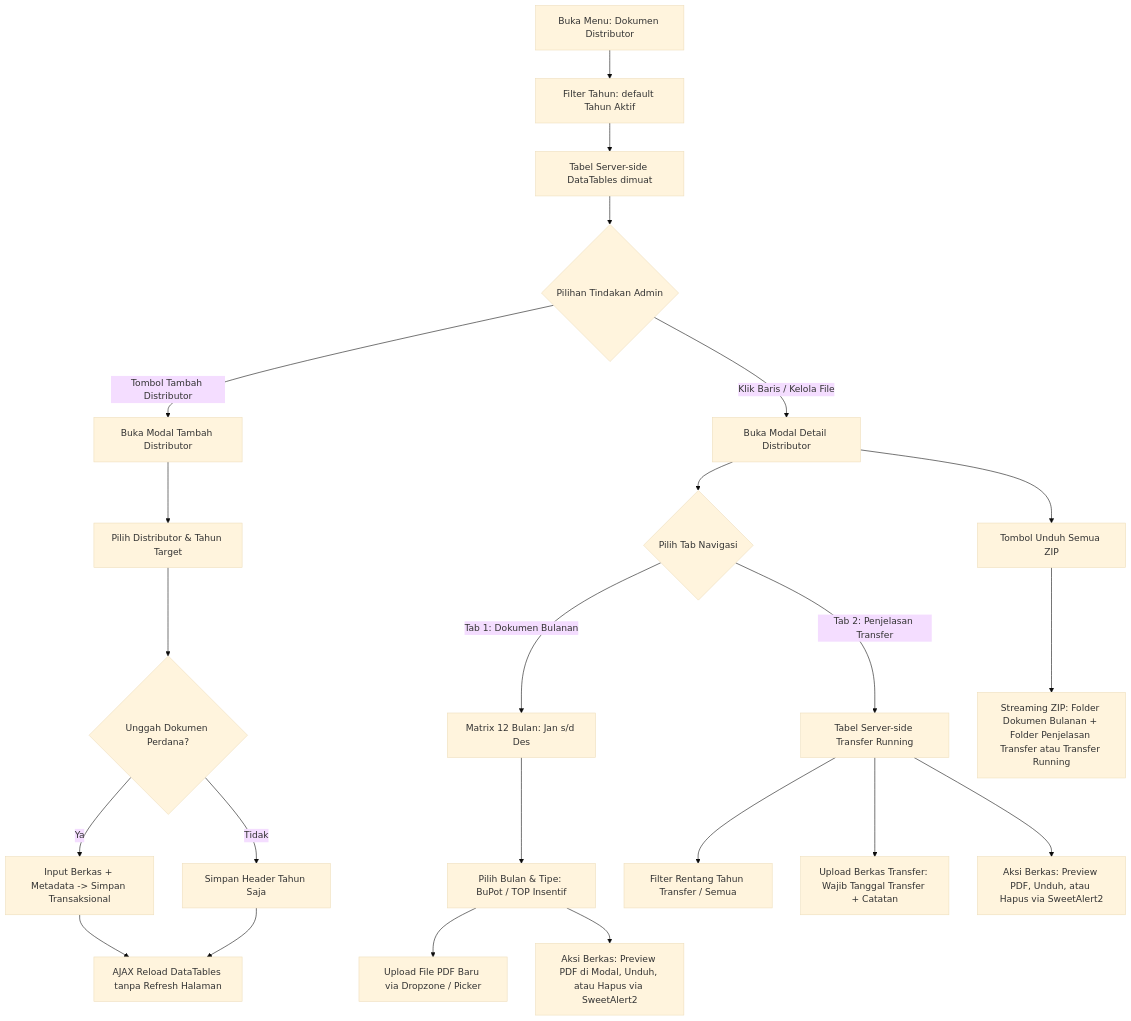
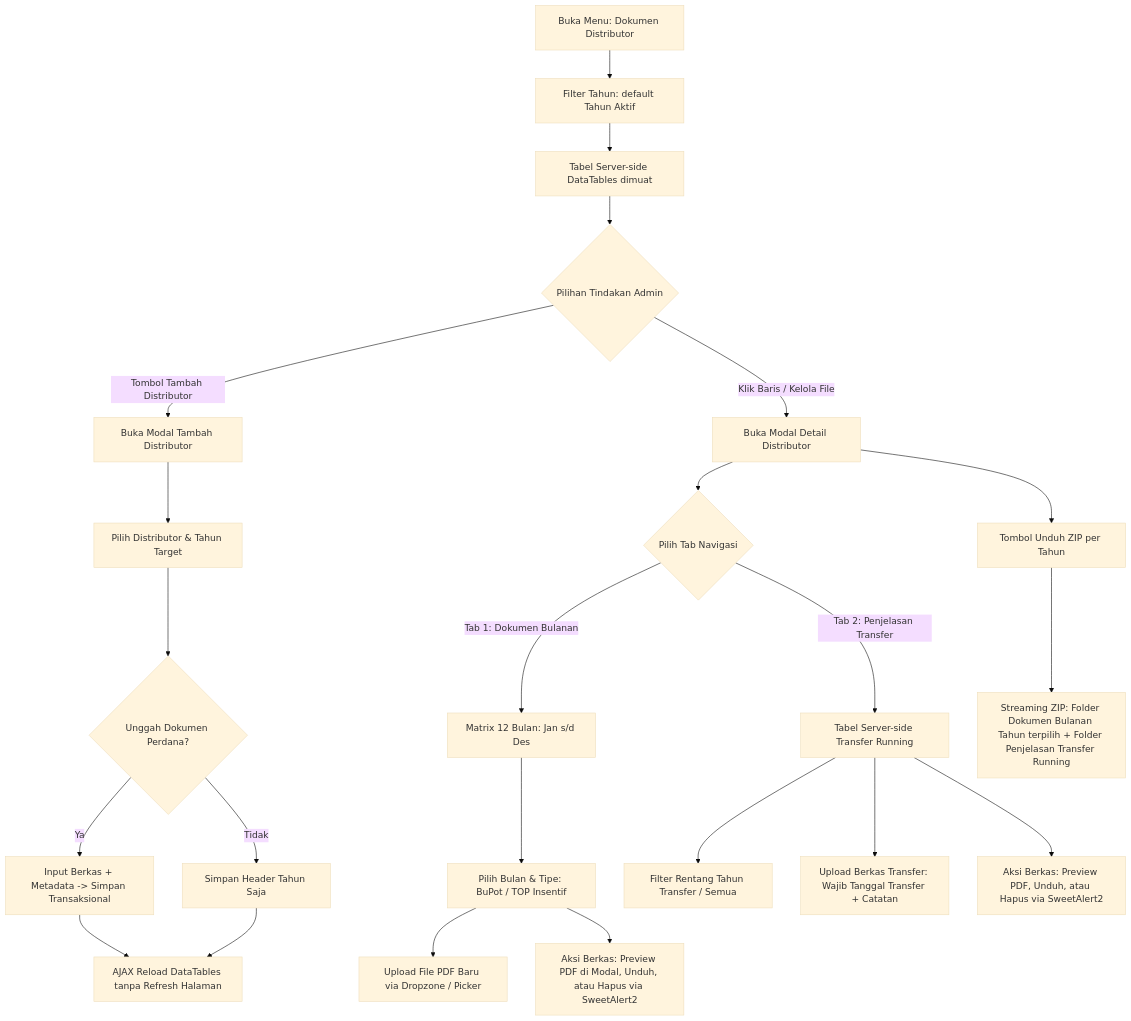
Before and after one commit to aderusmana/finance: the first of 3 diagrams in README_IMPLEMENTASI_DOKUMEN_DISTRIBUTOR.md, drawn with Mermaid (base theme). The commit also changed other lines of this file and 2 other files, not shown here.

Commit message:
feat(distributor-docs): update zip download to reflect active year filter
- Update download button in detail modal to dynamically display active year: 'Download ZIP ({year})'
- Add descriptive title and aria-label indicating monthly per-year bundling and running transfer inclusion
- Document strict per-year monthly and multi-year transfer logic in DistributorDocumentService
- Update documentation and diagrams to match 'Download ZIP ({year})' naming

````diff
--- a/README_IMPLEMENTASI_DOKUMEN_DISTRIBUTOR.md
+++ b/README_IMPLEMENTASI_DOKUMEN_DISTRIBUTOR.md
@@ -70,30 +70,30 @@
 ```mermaid
 graph TD
     A1[Buka Menu: Dokumen Distributor] --> A2[Filter Tahun: default Tahun Aktif]
     A2 --> A3[Tabel Server-side DataTables dimuat]
     A3 --> A4{Pilihan Tindakan Admin}
     
     A4 -->|Tombol Tambah Distributor| B1[Buka Modal Tambah Distributor]
     B1 --> B2[Pilih Distributor & Tahun Target]
     B2 --> B3{Unggah Dokumen Perdana?}
     B3 -->|Ya| B4[Input Berkas + Metadata -> Simpan Transaksional]
     B3 -->|Tidak| B5[Simpan Header Tahun Saja]
     B4 --> B6[AJAX Reload DataTables tanpa Refresh Halaman]
     B5 --> B6
     
     A4 -->|Klik Baris / Kelola File| C1[Buka Modal Detail Distributor]
     C1 --> C2{Pilih Tab Navigasi}
     
     C2 -->|Tab 1: Dokumen Bulanan| D1[Matrix 12 Bulan: Jan s/d Des]
     D1 --> D2[Pilih Bulan & Tipe: BuPot / TOP Insentif]
     D2 --> D3[Upload File PDF Baru via Dropzone / Picker]
     D2 --> D4[Aksi Berkas: Preview PDF di Modal, Unduh, atau Hapus via SweetAlert2]
     
     C2 -->|Tab 2: Penjelasan Transfer| E1[Tabel Server-side Transfer Running]
     E1 --> E2[Filter Rentang Tahun Transfer / Semua]
     E1 --> E3[Upload Berkas Transfer: Wajib Tanggal Transfer + Catatan]
     E1 --> E4[Aksi Berkas: Preview PDF, Unduh, atau Hapus via SweetAlert2]
     
-    C1 --> F1[Tombol Unduh Semua ZIP]
-    F1 --> F2[Streaming ZIP: Folder Dokumen Bulanan + Folder Penjelasan Transfer atau Transfer Running]
+    C1 --> F1[Tombol Unduh ZIP per Tahun]
+    F1 --> F2[Streaming ZIP: Folder Dokumen Bulanan Tahun terpilih + Folder Penjelasan Transfer Running]
 ```
````
